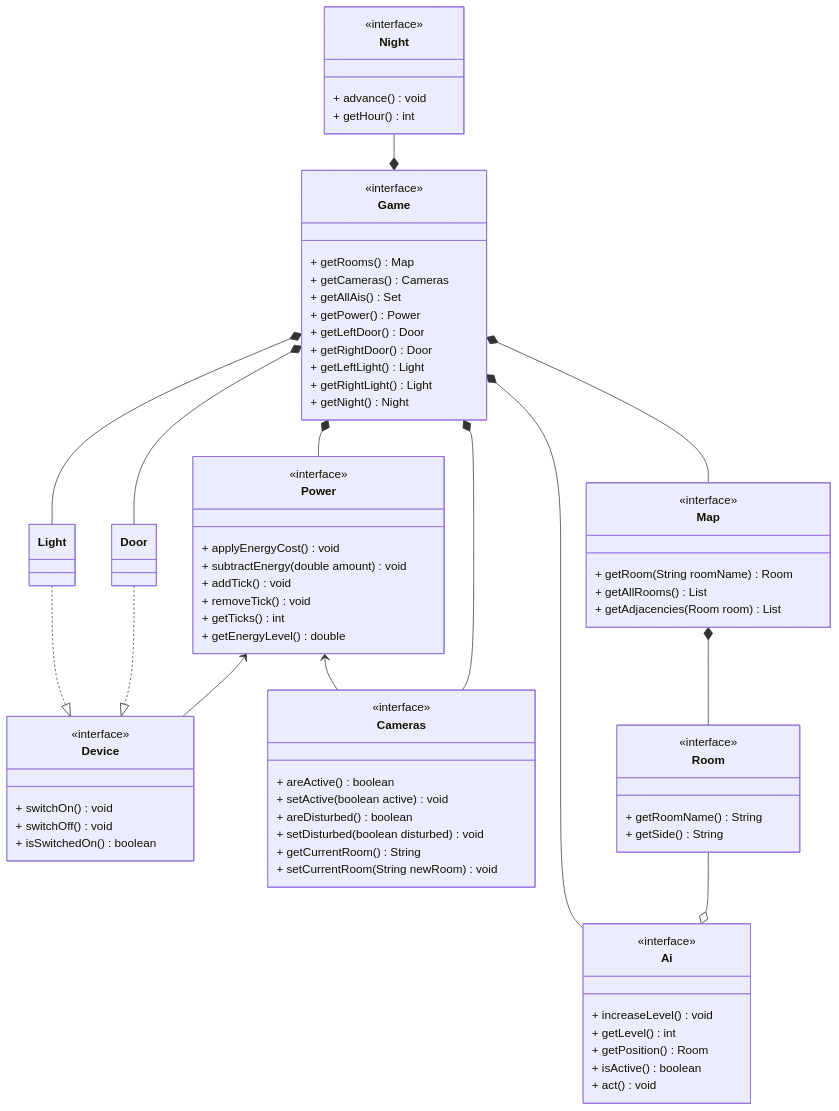
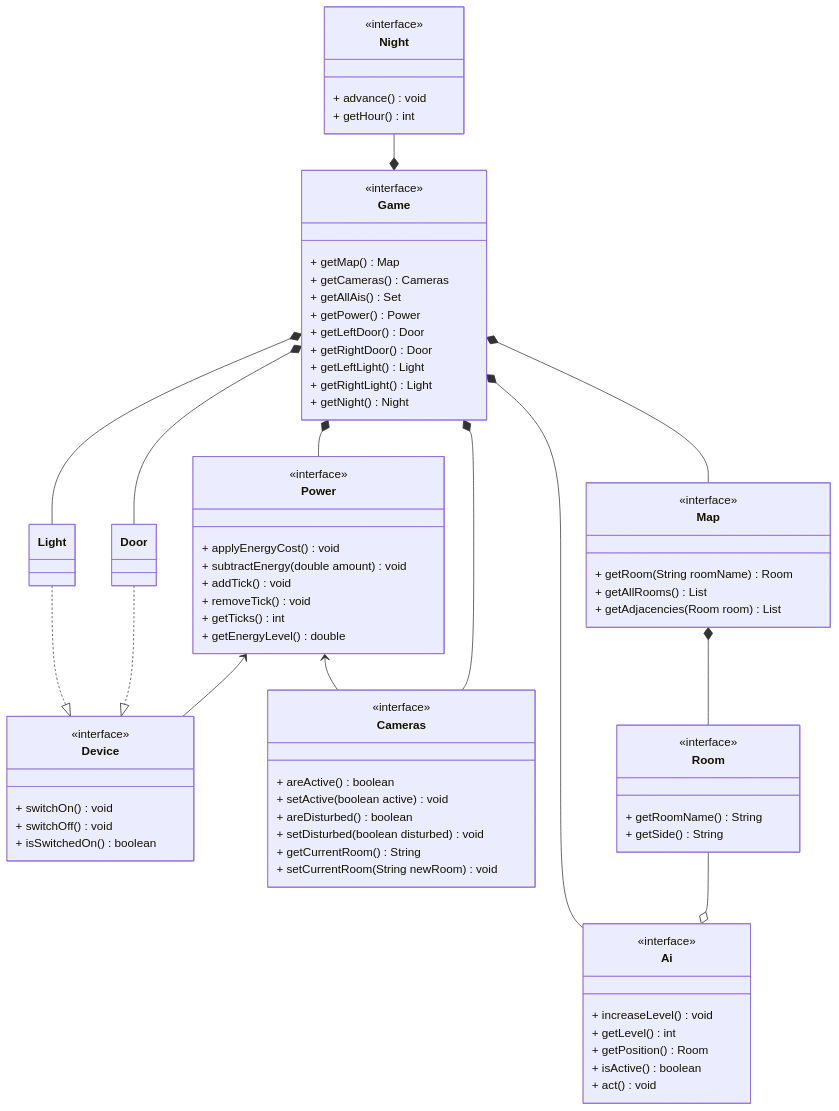
One commit to PastaCodes/OOP23-fnaf-retro changed the first of 2 diagrams in report.md. Above: the diagram before and after it, drawn with Mermaid. The commit also changed other lines of this file, not shown here.

Commit message:
Ritocchi alla relazione

````diff
--- a/report.md
+++ b/report.md
@@ -76,7 +76,7 @@
 classDiagram
     class Game {
         <<interface>>
-        + getRooms() Map
+        + getMap() Map
         + getCameras() Cameras
         + getAllAis() Set<Ai>
         + getPower() Power
@@ -109,10 +109,8 @@
         + switchOff() void
         + isSwitchedOn() boolean
     }
-    class Door {
-    }
-    class Light {
-    }
+    class Door { }
+    class Light { }
     class Cameras {
         <<interface>>
         + areActive() boolean
@@ -138,10 +136,8 @@
         + getRoomName() String
         + getSide() String
     }
-
     Game *-- Ai
     Game *-- Map
-    %% non esiste un power che non sia in un game
     Game *-- Power
     Game *-- Door
     Game *-- Light
@@ -149,16 +145,8 @@
     Cameras --* Game
     Light ..|> Device
     Door ..|> Device
-
-    %% non esiste una stanza che non sia in una mappa
     Map *-- Room
-
-    %% esistono stanze in cui non sono presenti Ai
     Room --o Ai
-
-    %% Device ha delle dipendenze per alcune funzioni di power
     Power <-- Device
-
-    %% Lo stesso per Cameras
     Power <-- Cameras
 ```
````
